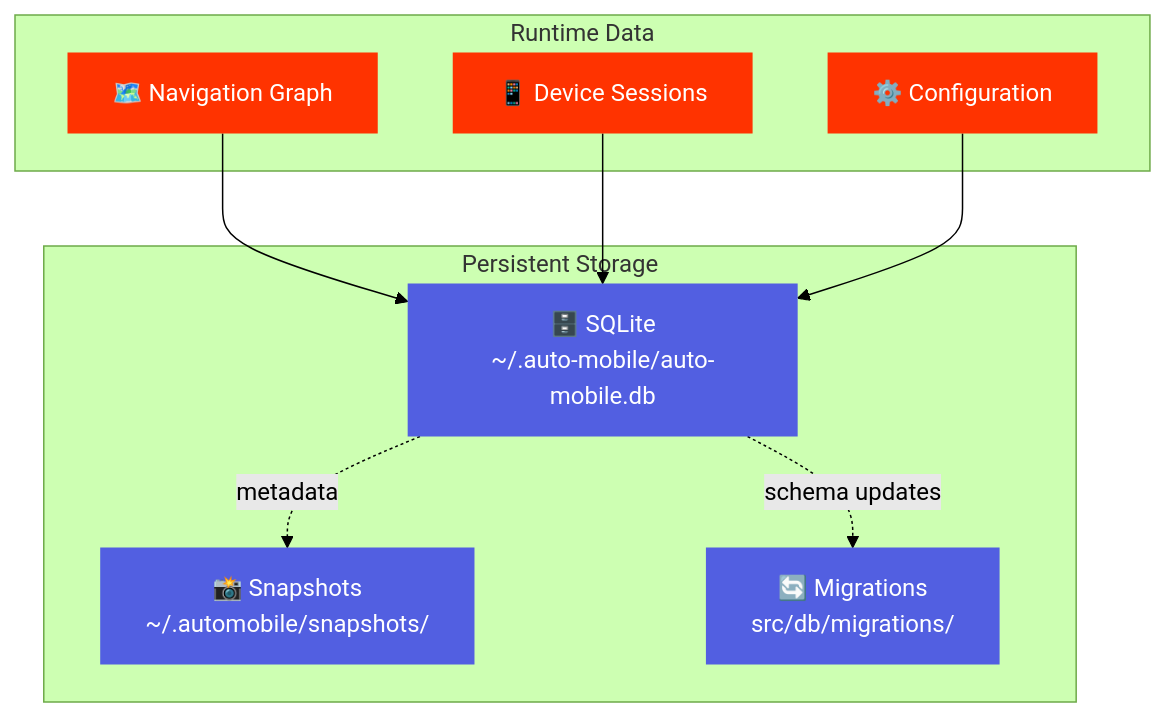
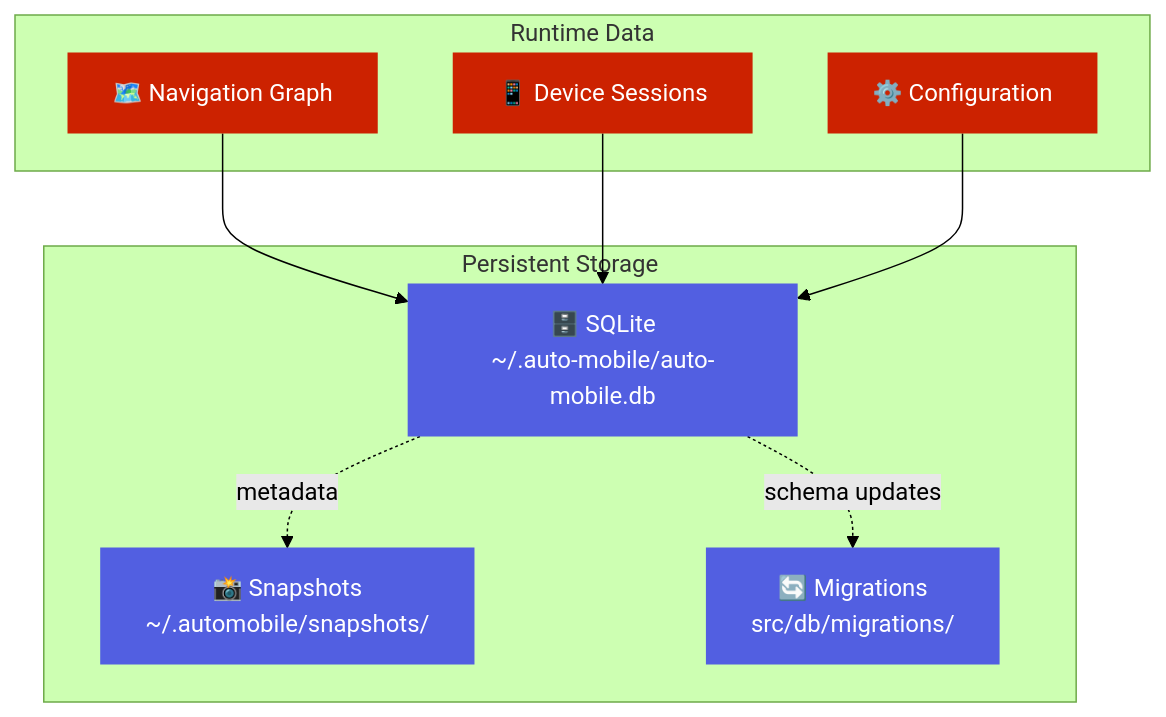
One commit to zillow/auto-mobile changed the first of 2 diagrams in docs/design-docs/mcp/storage/index.md. Above: the diagram before and after it, drawn with Mermaid (forest theme). The commit also changed 9 other files, not shown here.

First line of the commit message:
fix(docs): improve mermaid chart contrast for day theme WCAG AA compliance (#1325)

````diff
--- a/docs/design-docs/mcp/storage/index.md
+++ b/docs/design-docs/mcp/storage/index.md
@@ -5,26 +5,26 @@
 ```mermaid
 flowchart TB
     subgraph Runtime["Runtime Data"]
         NavGraph["🗺️ Navigation Graph"]
         Sessions["📱 Device Sessions"]
         Config["⚙️ Configuration"]
     end
 
     subgraph Storage["Persistent Storage"]
         SQLite["🗄️ SQLite<br/>~/.auto-mobile/auto-mobile.db"]
         Snapshots["📸 Snapshots<br/>~/.automobile/snapshots/"]
         Migrations["🔄 Migrations<br/>src/db/migrations/"]
     end
 
     NavGraph --> SQLite
     Sessions --> SQLite
     Config --> SQLite
     SQLite -.->|"schema updates"| Migrations
     SQLite -.->|"metadata"| Snapshots
 
-    classDef runtime fill:#FF3300,stroke-width:0px,color:white;
+    classDef runtime fill:#CC2200,stroke-width:0px,color:white;
     classDef storage fill:#525FE1,stroke-width:0px,color:white;
 
     class NavGraph,Sessions,Config runtime;
     class SQLite,Snapshots,Migrations storage;
 ```
````
